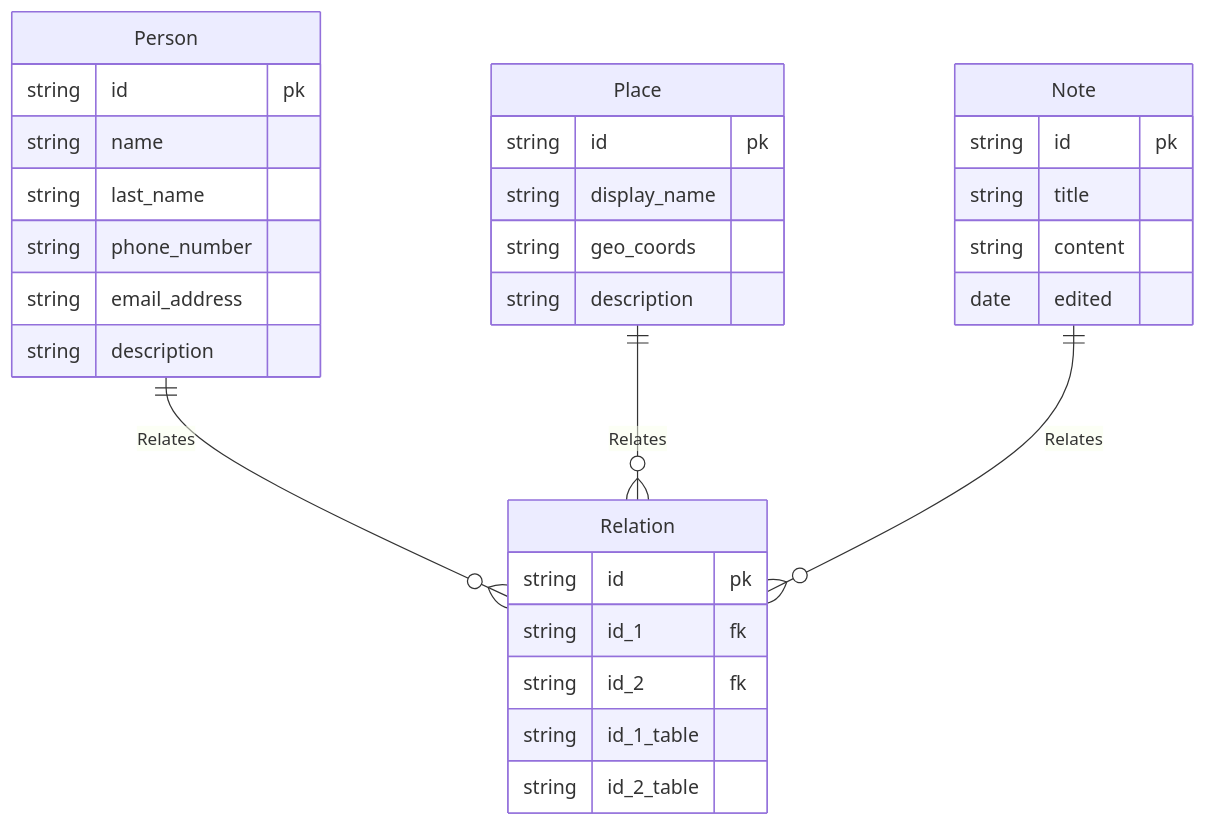
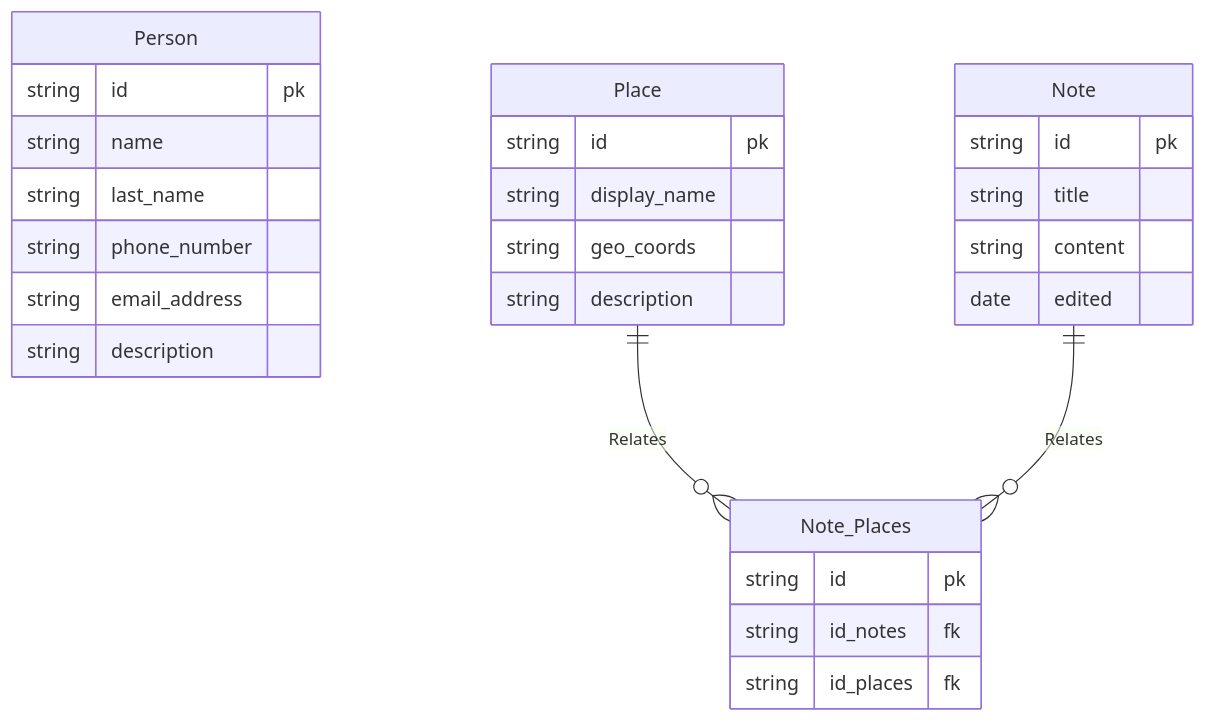
The third of 3 diagrams in README.md (kamil-swietoniowski/fcloud), drawn with Mermaid before and after one commit. The commit also changed other lines of this file, not shown here.

Commit message:
refactor: adjust readme for previous commit

````diff
--- a/README.md
+++ b/README.md
@@ -39,35 +39,33 @@
 ```mermaid
 erDiagram
     Person {
     string id pk
     string name
     string last_name
     string phone_number
     string email_address
     string description
     }
     Place {
         string id pk
         string display_name
         string geo_coords
         string description
     }
     Note {
         string id pk
         string title
         string content
         date edited
     }
-    Relation {
+    Note_Places {
         string id pk
-        string id_1 fk
-        string id_2 fk
-        string id_1_table
-        string id_2_table
+        string id_notes fk
+        string id_places fk
     }
 
-    Person ||--o{ Relation: Relates
-    Place ||--o{ Relation: Relates
-    Note ||--o{ Relation: Relates
+   %% Person ||--o{ Relation: Relates
+    Place ||--o{ Note_Places: Relates
+    Note ||--o{ Note_Places: Relates
 
 ```
````
